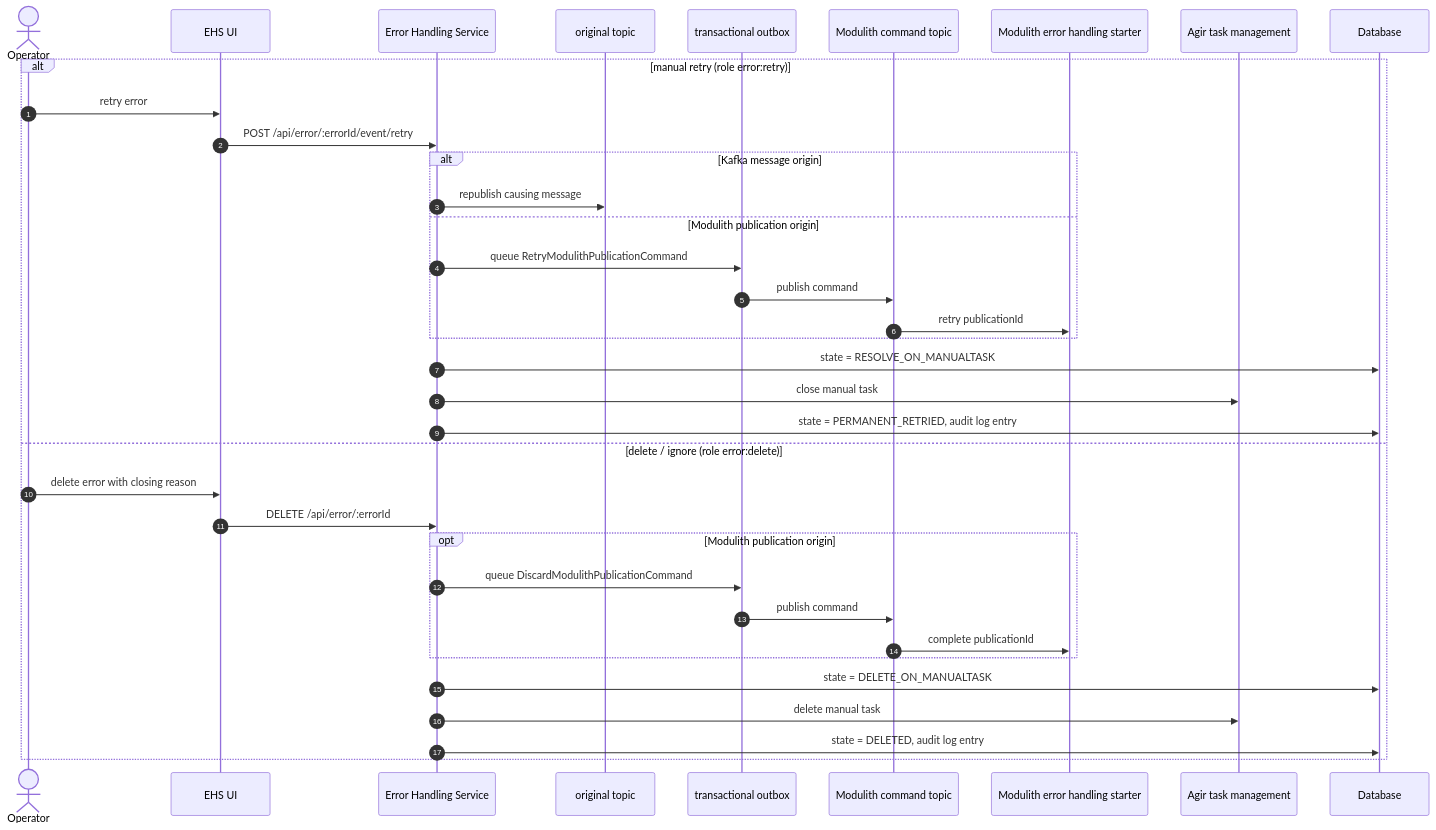
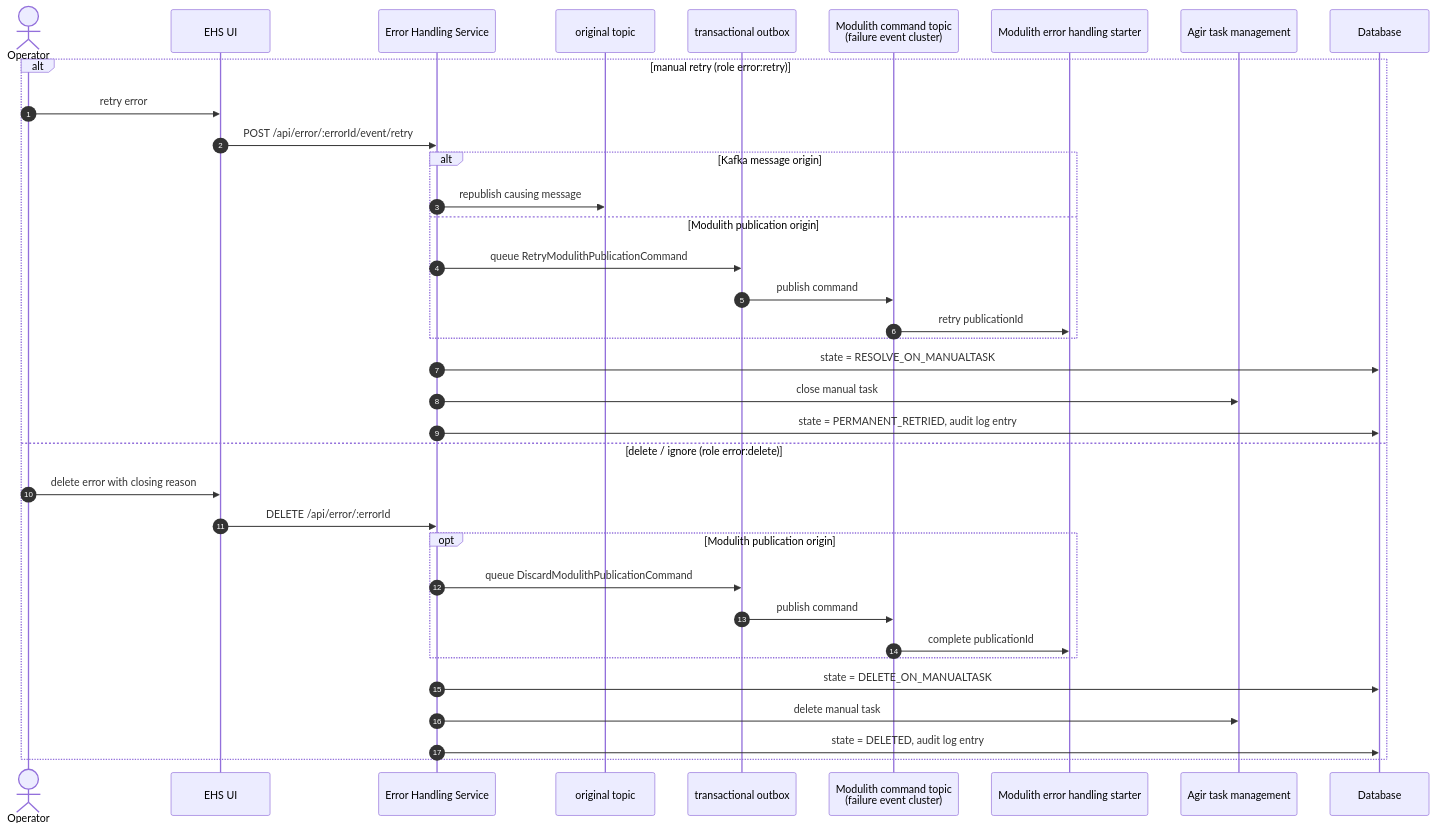
Before and after one commit to jeap-admin-ch/jeap-error-handling: the third of 4 diagrams in docs/message-flows.md, drawn with Mermaid. The commit also changed other lines of this file and 14 other files, not shown here.

Commit message:
JEAP-7447 Route Modulith commands to source cluster

````diff
--- a/docs/message-flows.md
+++ b/docs/message-flows.md
@@ -90,39 +91,39 @@
 ```mermaid
 sequenceDiagram
     autonumber
     actor Operator
     participant UI as EHS UI
     participant EHS as Error Handling Service
     participant Topic as original topic
     participant Outbox as transactional outbox
-    participant CommandTopic as Modulith command topic
+    participant CommandTopic as Modulith command topic<br/>(failure event cluster)
     participant Starter as Modulith error handling starter
     participant Agir as Agir task management
     participant DB as Database
 
     alt manual retry (role error:retry)
         Operator->>UI: retry error
         UI->>EHS: POST /api/error/:errorId/event/retry
         alt Kafka message origin
             EHS->>Topic: republish causing message
         else Modulith publication origin
             EHS->>Outbox: queue RetryModulithPublicationCommand
             Outbox->>CommandTopic: publish command
             CommandTopic->>Starter: retry publicationId
         end
         EHS->>DB: state = RESOLVE_ON_MANUALTASK
         EHS->>Agir: close manual task
         EHS->>DB: state = PERMANENT_RETRIED, audit log entry
     else delete / ignore (role error:delete)
         Operator->>UI: delete error with closing reason
         UI->>EHS: DELETE /api/error/:errorId
         opt Modulith publication origin
             EHS->>Outbox: queue DiscardModulithPublicationCommand
             Outbox->>CommandTopic: publish command
             CommandTopic->>Starter: complete publicationId
         end
         EHS->>DB: state = DELETE_ON_MANUALTASK
         EHS->>Agir: delete manual task
         EHS->>DB: state = DELETED, audit log entry
     end
 ```
````
